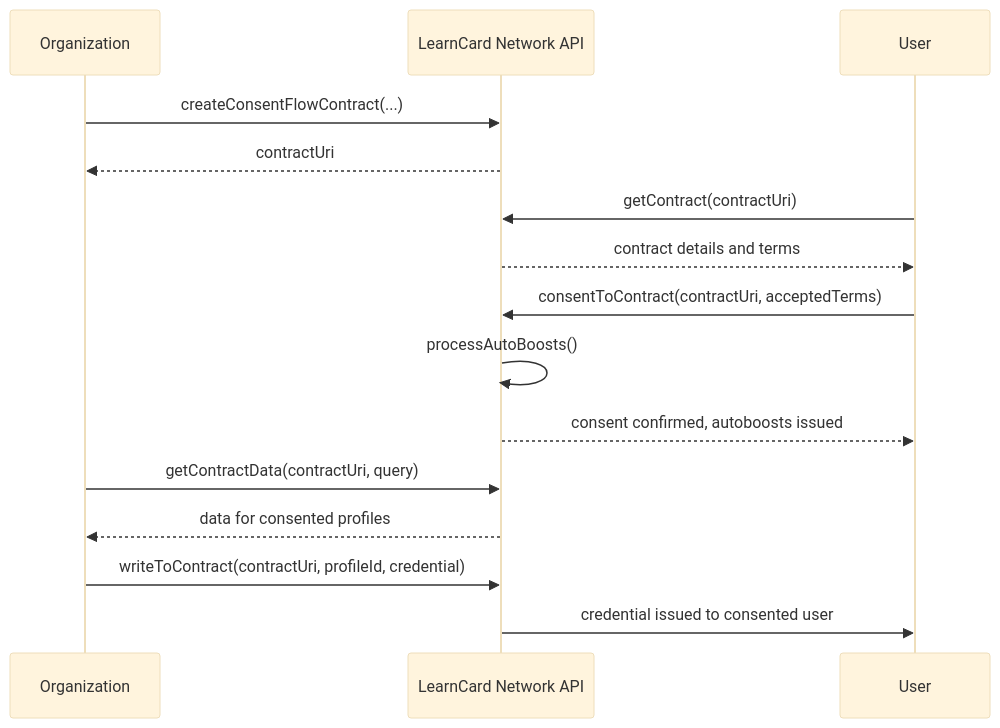
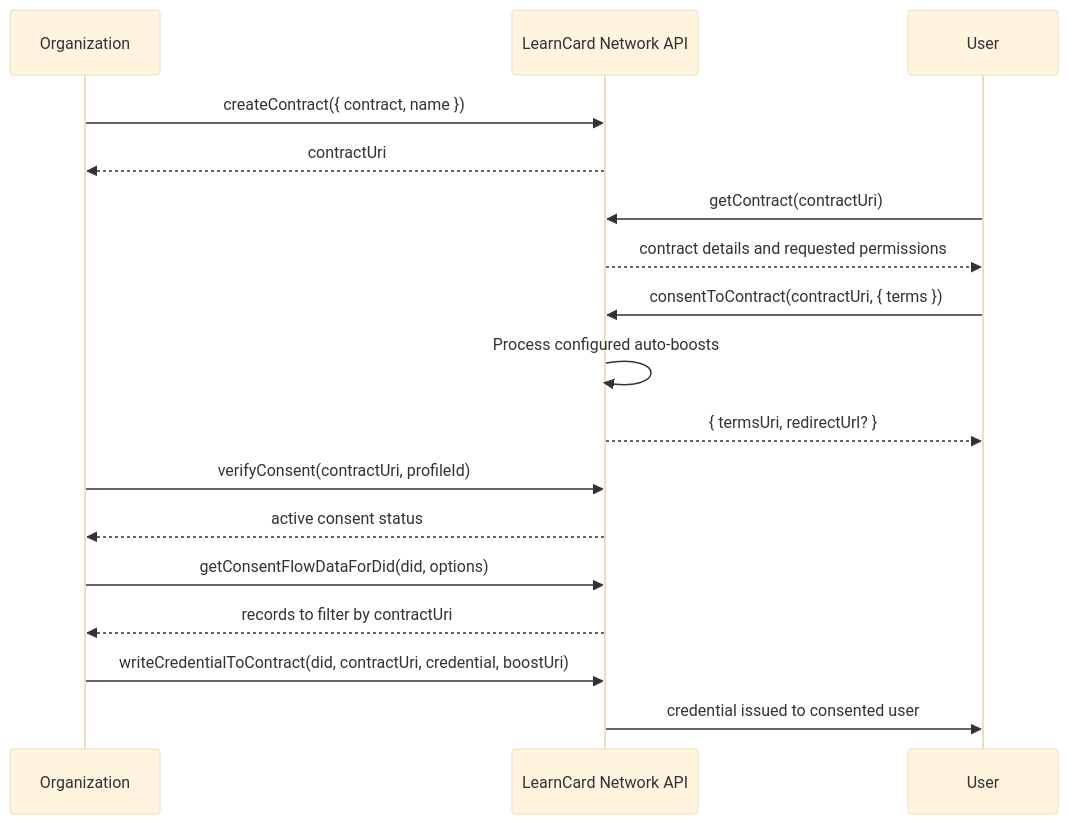
One commit to learningeconomy/LearnCard changed the second of 2 diagrams in docs/core-concepts/consent-and-permissions/consentflow-overview.md. Above: the diagram before and after it, drawn with Mermaid (base theme). The commit also changed other lines of this file and 38 other files, not shown here.

````diff
--- a/docs/core-concepts/consent-and-permissions/consentflow-overview.md
+++ b/docs/core-concepts/consent-and-permissions/consentflow-overview.md
@@ -78,22 +78,24 @@
 ```mermaid
 sequenceDiagram
     participant Organization
     participant Network as LearnCard Network API
     participant User
 
-    Organization->>Network: createConsentFlowContract(...)
+    Organization->>Network: createContract({ contract, name })
     Network-->>Organization: contractUri
 
     User->>Network: getContract(contractUri)
-    Network-->>User: contract details and terms
+    Network-->>User: contract details and requested permissions
 
-    User->>Network: consentToContract(contractUri, acceptedTerms)
-    Network->>Network: processAutoBoosts()
-    Network-->>User: consent confirmed, autoboosts issued
+    User->>Network: consentToContract(contractUri, { terms })
+    Network->>Network: Process configured auto-boosts
+    Network-->>User: { termsUri, redirectUrl? }
 
-    Organization->>Network: getContractData(contractUri, query)
-    Network-->>Organization: data for consented profiles
+    Organization->>Network: verifyConsent(contractUri, profileId)
+    Network-->>Organization: active consent status
+    Organization->>Network: getConsentFlowDataForDid(did, options)
+    Network-->>Organization: records to filter by contractUri
 
-    Organization->>Network: writeToContract(contractUri, profileId, credential)
+    Organization->>Network: writeCredentialToContract(did, contractUri, credential, boostUri)
     Network->>User: credential issued to consented user
 ```
````
